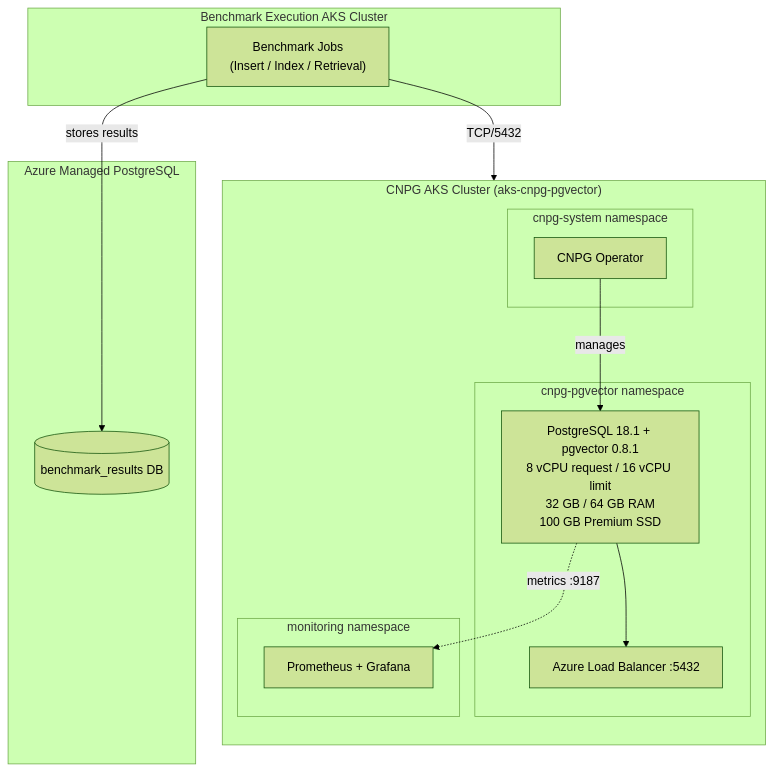
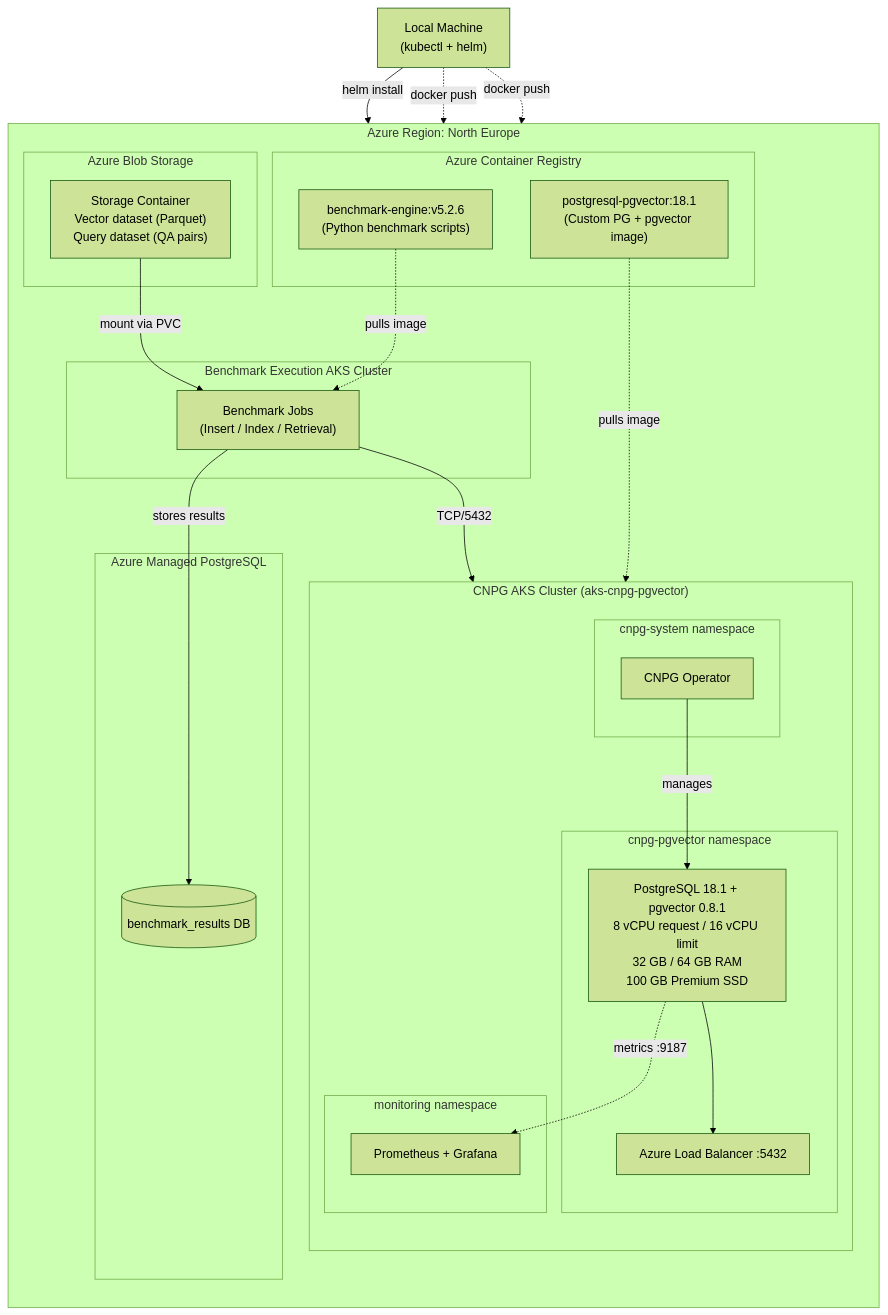
One commit to tharindu-sankalpa/pgvector-filtering-investigation changed the first of 7 diagrams in README.md. Above: the diagram before and after it, drawn with Mermaid (forest theme). The commit also changed other lines of this file, not shown here.

Commit message:
feat: Add dataset guide and AI assistance guidelines, and update README introduction.

````diff
--- a/README.md
+++ b/README.md
@@ -25,31 +33,53 @@
 ```mermaid
 graph TB
-    subgraph "CNPG AKS Cluster (aks-cnpg-pgvector)"
+    LOCAL["Local Machine<br/>(kubectl + helm)"]
+
+    subgraph "Azure Region: North Europe"
         direction TB
-        subgraph "cnpg-system namespace"
-            OP[CNPG Operator]
+
+        subgraph "Azure Container Registry"
+            IMG1["postgresql-pgvector:18.1<br/>(Custom PG + pgvector image)"]
+            IMG2["benchmark-engine:v5.2.6<br/>(Python benchmark scripts)"]
         end
-        subgraph "cnpg-pgvector namespace"
-            PG["PostgreSQL 18.1 + pgvector 0.8.1<br/>8 vCPU request / 16 vCPU limit<br/>32 GB / 64 GB RAM<br/>100 GB Premium SSD"]
-            LB[Azure Load Balancer :5432]
+
+        subgraph "Azure Blob Storage"
+            BLOB["Storage Container<br/>Vector dataset (Parquet)<br/>Query dataset (QA pairs)"]
         end
-        subgraph "monitoring namespace"
-            PROM[Prometheus + Grafana]
+
+        subgraph "CNPG AKS Cluster (aks-cnpg-pgvector)"
+            direction TB
+            subgraph "cnpg-system namespace"
+                OP[CNPG Operator]
+            end
+            subgraph "cnpg-pgvector namespace"
+                PG["PostgreSQL 18.1 + pgvector 0.8.1<br/>8 vCPU request / 16 vCPU limit<br/>32 GB / 64 GB RAM<br/>100 GB Premium SSD"]
+                LB[Azure Load Balancer :5432]
+            end
+            subgraph "monitoring namespace"
+                PROM[Prometheus + Grafana]
+            end
+            OP -->|manages| PG
+            PG --> LB
+            PG -.->|metrics :9187| PROM
         end
-        OP -->|manages| PG
-        PG --> LB
-        PG -.->|metrics :9187| PROM
+
+        subgraph "Benchmark Execution AKS Cluster"
+            BJ["Benchmark Jobs<br/>(Insert / Index / Retrieval)"]
+        end
+
+        BJ -->|TCP/5432| LB
+        BLOB -->|mount via PVC| BJ
+        IMG1 -.->|pulls image| PG
+        IMG2 -.->|pulls image| BJ
+
+        subgraph "Azure Managed PostgreSQL"
+            RDB[(benchmark_results DB)]
+        end
+
+        BJ -->|stores results| RDB
     end
 
-    subgraph "Benchmark Execution AKS Cluster"
-        BJ["Benchmark Jobs<br/>(Insert / Index / Retrieval)"]
-    end
-
-    BJ -->|TCP/5432| LB
-
-    subgraph "Azure Managed PostgreSQL"
-        RDB[(benchmark_results DB)]
-    end
-
-    BJ -->|stores results| RDB
+    LOCAL -->|helm install| BJ
+    LOCAL -.->|docker push| IMG1
+    LOCAL -.->|docker push| IMG2
 ```
````
